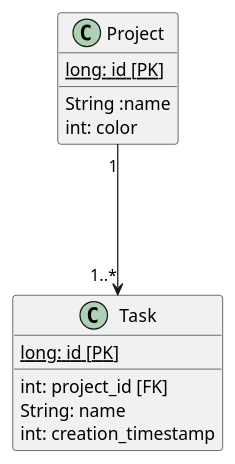
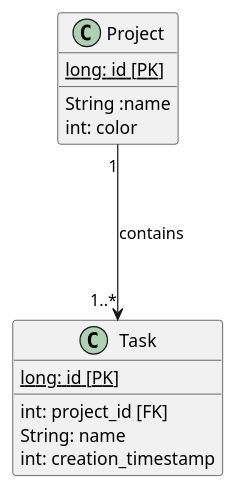
The diagram in app/todoc.puml (PierreChigot/todoc), drawn with PlantUML before and after one commit. The commit also changed 21 other files, not shown here.

```diff
--- a/app/todoc.puml
+++ b/app/todoc.puml
@@ -1,19 +1,19 @@
 @startuml
 
 class Project {
     {static}long: id [PK]
     ___
     String :name
     int: color
 }
 
 class Task {
     {static}long: id [PK]
     ___
     int: project_id [FK]
     String: name
     int: creation_timestamp
 }
 
-Project "1" ---> "1..*" Task
+Project "1" ---> "1..*" Task : contains
 @enduml
```
